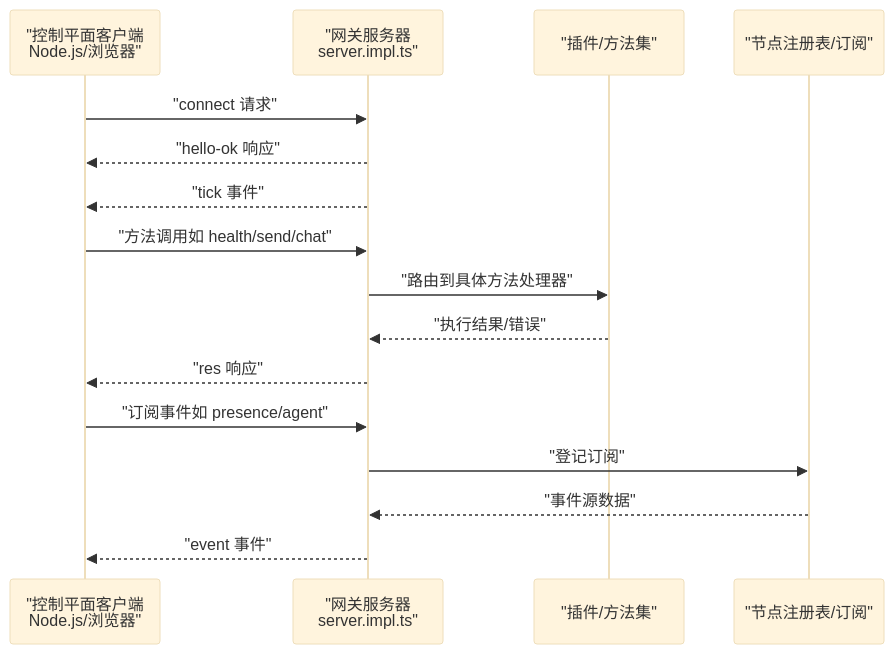
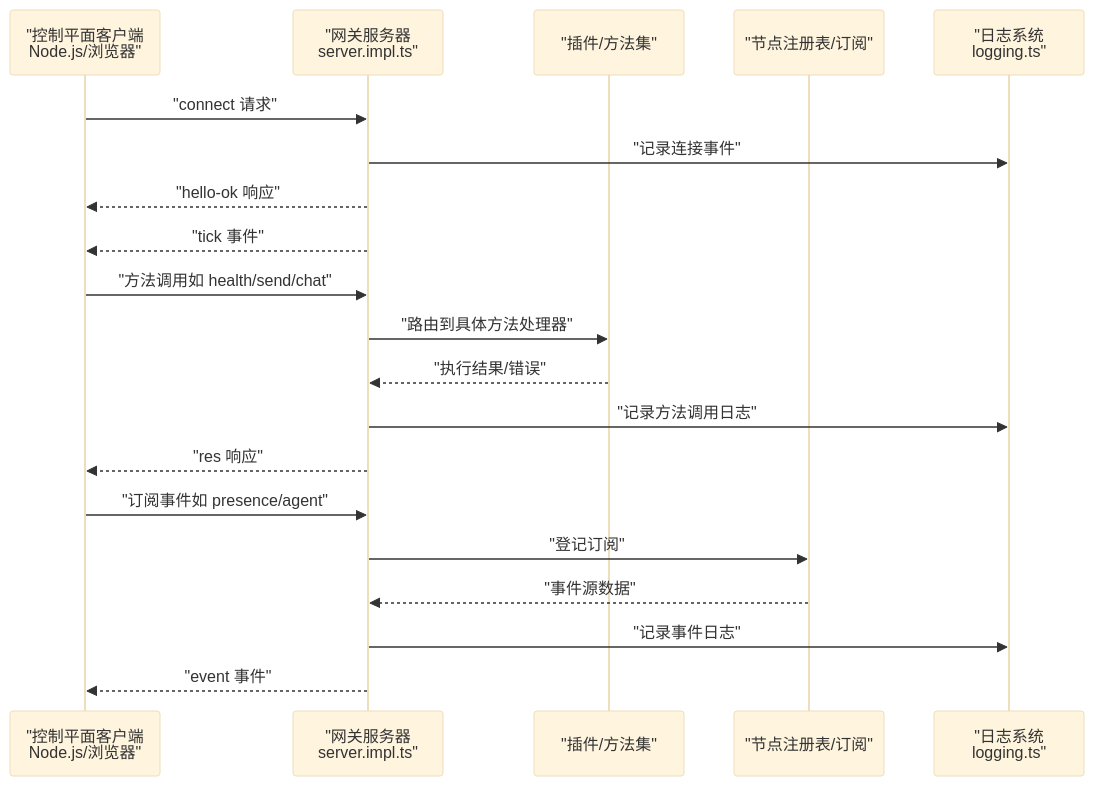
One commit to verse-ai-org/openclaw changed the second of 10 diagrams in .qoder/repowiki/zh/content/核心概念/网关架构.md. Above: the diagram before and after it, drawn with Mermaid (base theme). The commit also changed other lines of this file and 7 other files, not shown here.

````diff
--- a/.qoder/repowiki/zh/content/核心概念/网关架构.md
+++ b/.qoder/repowiki/zh/content/核心概念/网关架构.md
@@ -130,18 +196,22 @@
 ```mermaid
 sequenceDiagram
 participant CP as "控制平面客户端<br/>Node.js/浏览器"
 participant GW as "网关服务器<br/>server.impl.ts"
 participant PL as "插件/方法集"
 participant ND as "节点注册表/订阅"
+participant LOG as "日志系统<br/>logging.ts"
 CP->>GW : "connect 请求"
+GW->>LOG : "记录连接事件"
 GW-->>CP : "hello-ok 响应"
 GW-->>CP : "tick 事件"
 CP->>GW : "方法调用如 health/send/chat"
 GW->>PL : "路由到具体方法处理器"
 PL-->>GW : "执行结果/错误"
+GW->>LOG : "记录方法调用日志"
 GW-->>CP : "res 响应"
 CP->>GW : "订阅事件如 presence/agent"
 GW->>ND : "登记订阅"
 ND-->>GW : "事件源数据"
+GW->>LOG : "记录事件日志"
 GW-->>CP : "event 事件"
 ```
````
